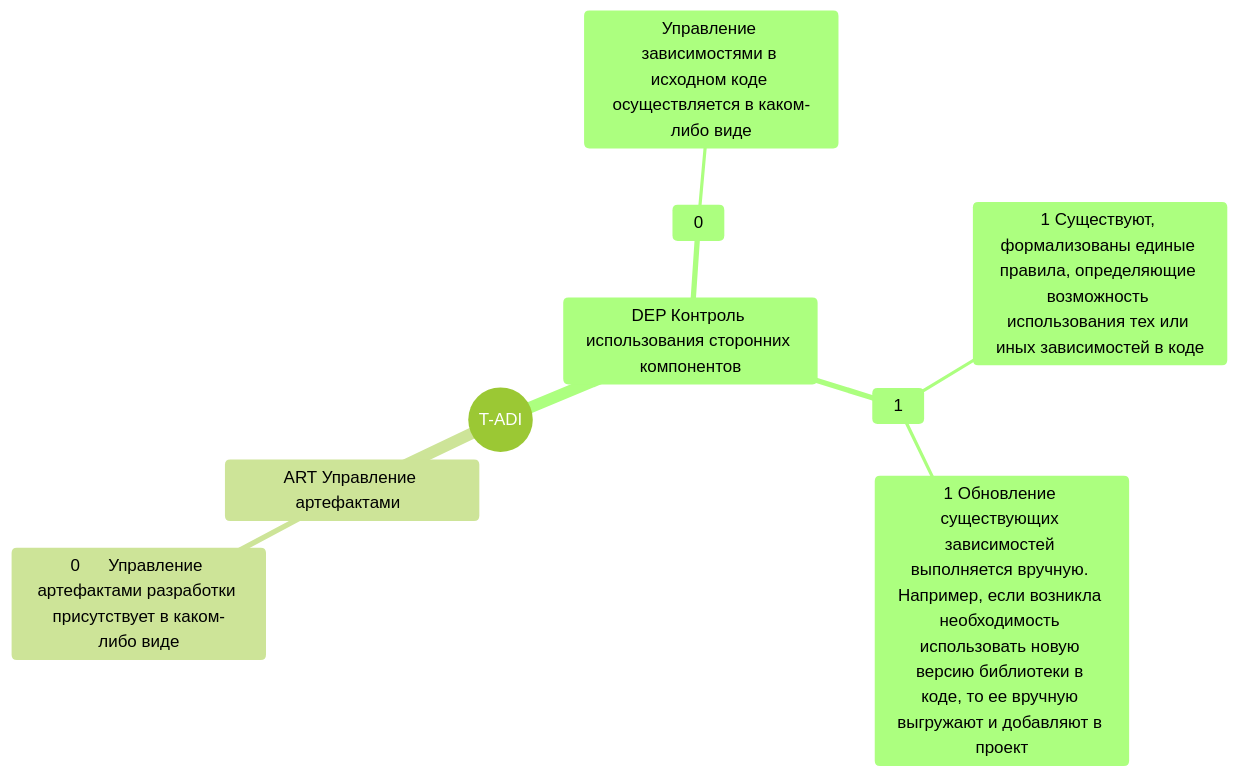
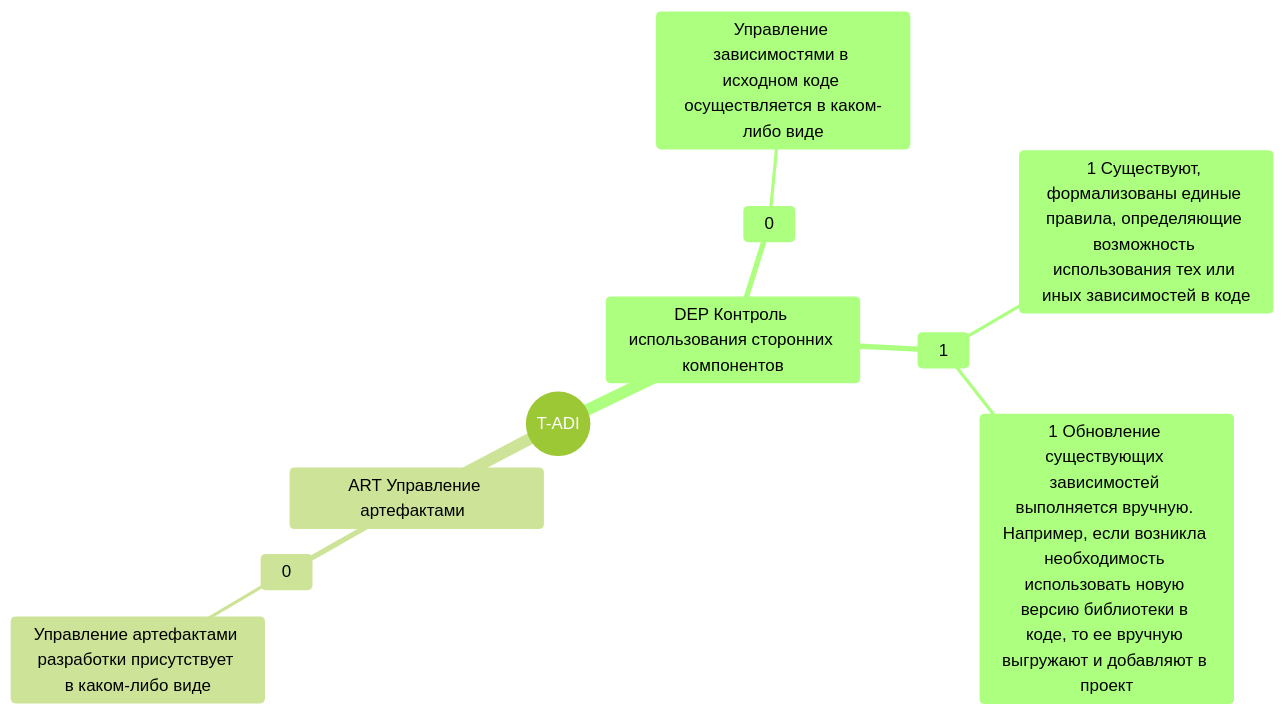
Before and after one commit to k0yt/mindmap-DAF: the first of 2 diagrams in README.md, drawn with Mermaid. The commit also changed other lines of this file, not shown here.

````diff
--- a/README.md
+++ b/README.md
@@ -3,13 +3,14 @@
 ```mermaid
 %%{init: {'theme':'forest'}}%%
 mindmap
   root((T-ADI))
     DEP Контроль использования сторонних компонентов
       0
         Управление зависимостями в исходном коде осуществляется в каком-либо виде
       1 
         1 Существуют, формализованы единые правила, определяющие возможность использования тех или иных зависимостей в коде
         1 Обновление существующих зависимостей выполняется вручную. Например, если возникла необходимость использовать новую версию библиотеки в коде, то ее вручную выгружают и добавляют в проект
     ART Управление артефактами	
-      0	Управление артефактами разработки присутствует в каком-либо виде
+      0
+        Управление артефактами разработки присутствует в каком-либо виде
 ```
````
